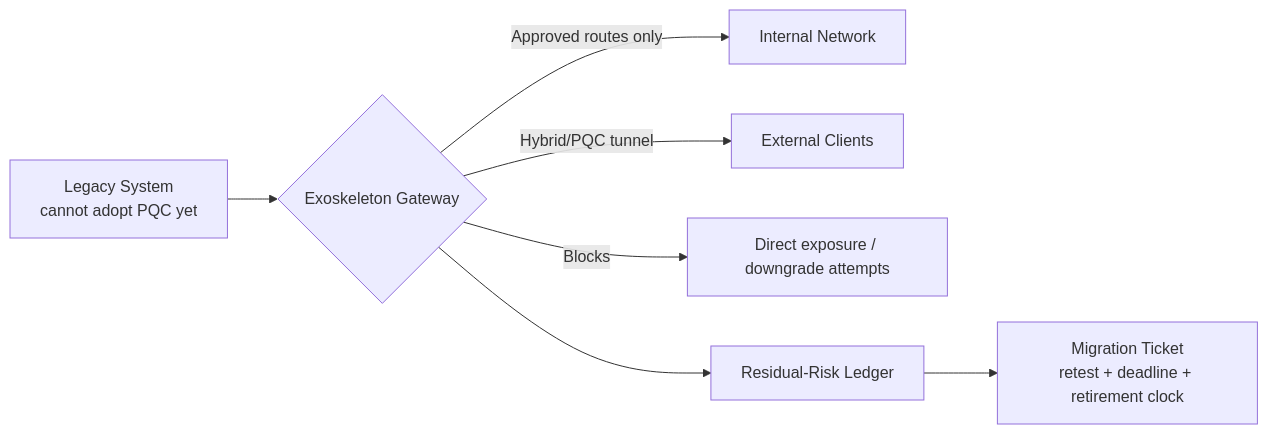
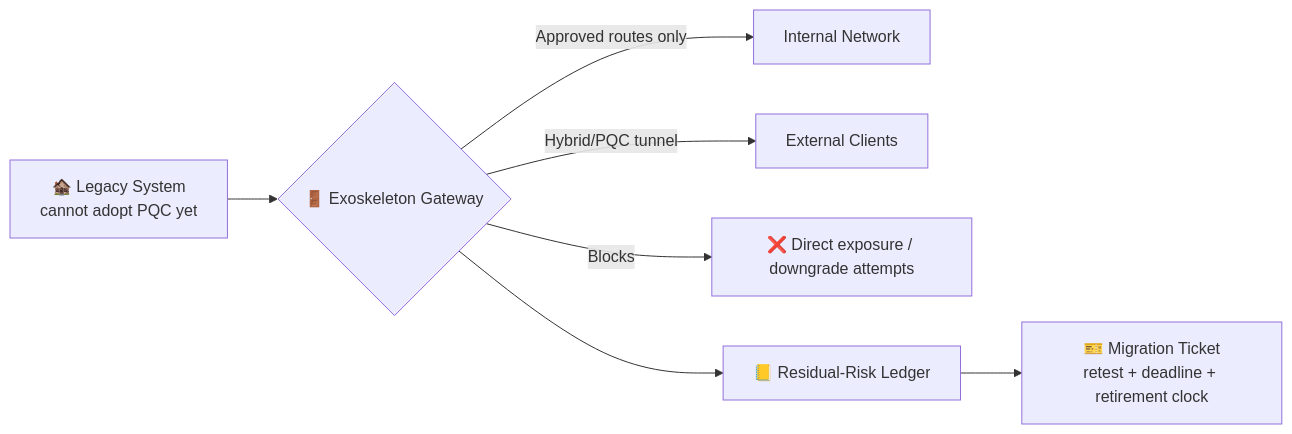
The third of 3 diagrams in README.md (uttham-g018/GHOSTRAVEN), drawn with Mermaid before and after one commit. The commit also changed other lines of this file, not shown here.

````diff
--- a/README.md
+++ b/README.md
@@ -181,9 +201,9 @@
 ```mermaid
 flowchart LR
-    Legacy[ Legacy System<br/>cannot adopt PQC yet] --> Gate{ Exoskeleton Gateway}
+    Legacy[🏚️ Legacy System<br/>cannot adopt PQC yet] --> Gate{🚪 Exoskeleton Gateway}
     Gate -->|Approved routes only| Internal[Internal Network]
     Gate -->|Hybrid/PQC tunnel| External[External Clients]
-    Gate -->|Blocks| Bypass[ Direct exposure / downgrade attempts]
-    Gate --> Ledger[ Residual-Risk Ledger]
-    Ledger --> Ticket[ Migration Ticket<br/>retest + deadline + retirement clock]
+    Gate -->|Blocks| Bypass[❌ Direct exposure / downgrade attempts]
+    Gate --> Ledger[📒 Residual-Risk Ledger]
+    Ledger --> Ticket[🎫 Migration Ticket<br/>retest + deadline + retirement clock]
 ```
````
